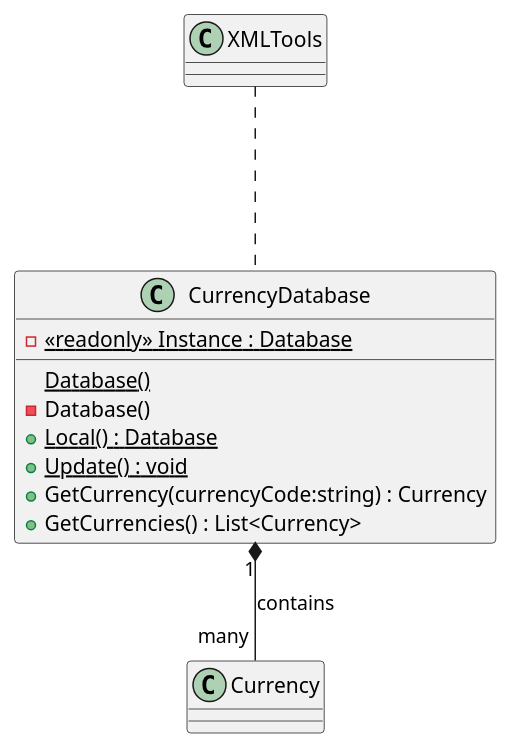
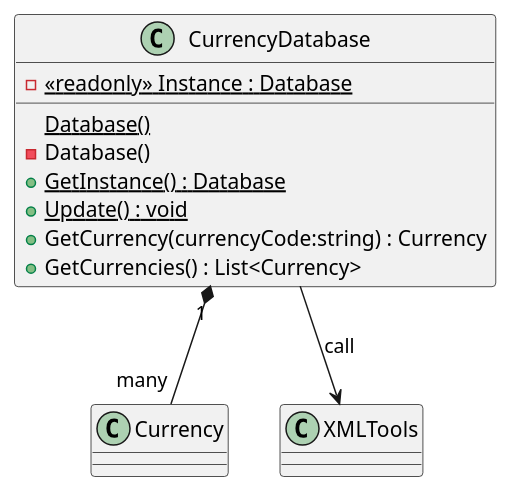
The diagram in TM_Lab_1/UMLParts/CurrencyDatabase.puml (john-bartu/cut-oot), drawn with PlantUML before and after one commit. The commit also changed 8 other files, not shown here.

```diff
--- a/TM_Lab_1/UMLParts/CurrencyDatabase.puml
+++ b/TM_Lab_1/UMLParts/CurrencyDatabase.puml
@@ -1,15 +1,15 @@
 @startuml
 class CurrencyDatabase {
 '    - {static} _currencyDictionary : Dictionary<string, Currency>
     {static} Database()
     - Database()
     - {static} <<readonly>> Instance : Database
-    + {static} Local() : Database
+    + {static} GetInstance() : Database
     + {static} Update() : void
     + GetCurrency(currencyCode:string) : Currency
     + GetCurrencies() : List<Currency>
 }
 
-CurrencyDatabase "1" *-- "many" Currency  : contains
-XMLTools ... CurrencyDatabase 
+CurrencyDatabase "1" *-- "many" Currency 
+CurrencyDatabase --> XMLTools : call
 @enduml
```
